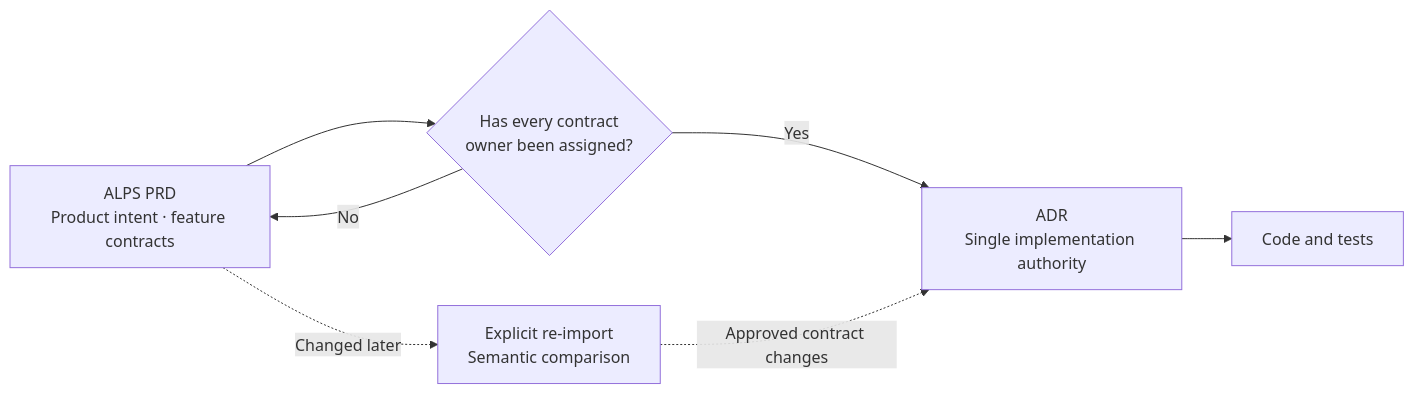
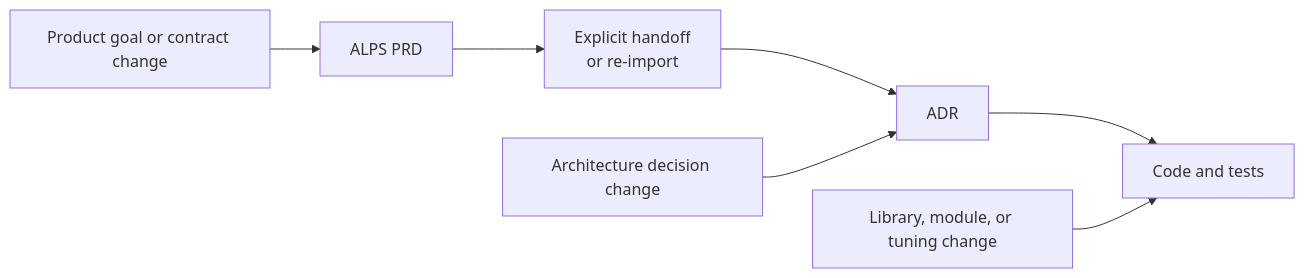
One commit to haandol/haandol.github.com changed the diagram in _en/2026-07-25-alps-adr-abstraction-boundaries.md. Above: the diagram before and after it, drawn with Mermaid. The commit also changed other lines of this file and 3 other files, not shown here.

````diff
--- a/_en/2026-07-25-alps-adr-abstraction-boundaries.md
+++ b/_en/2026-07-25-alps-adr-abstraction-boundaries.md
@@ -108,9 +113,9 @@
 ```mermaid
 flowchart LR
-    P["ALPS PRD<br/>Product intent · feature contracts"] --> H{"Has every contract<br/>owner been assigned?"}
-    H -- "No" --> P
-    H -- "Yes" --> A["ADR<br/>Single implementation authority"]
-    A --> C["Code and tests"]
-    P -. "Changed later" .-> R["Explicit re-import<br/>Semantic comparison"]
-    R -. "Approved contract changes" .-> A
+    P["Product goal or contract change"] --> PRD["ALPS PRD"]
+    PRD --> H["Explicit handoff<br/>or re-import"]
+    H --> ADR["ADR"]
+    A["Architecture decision change"] --> ADR
+    ADR --> CODE["Code and tests"]
+    I["Library, module, or tuning change"] --> CODE
 ```
````
